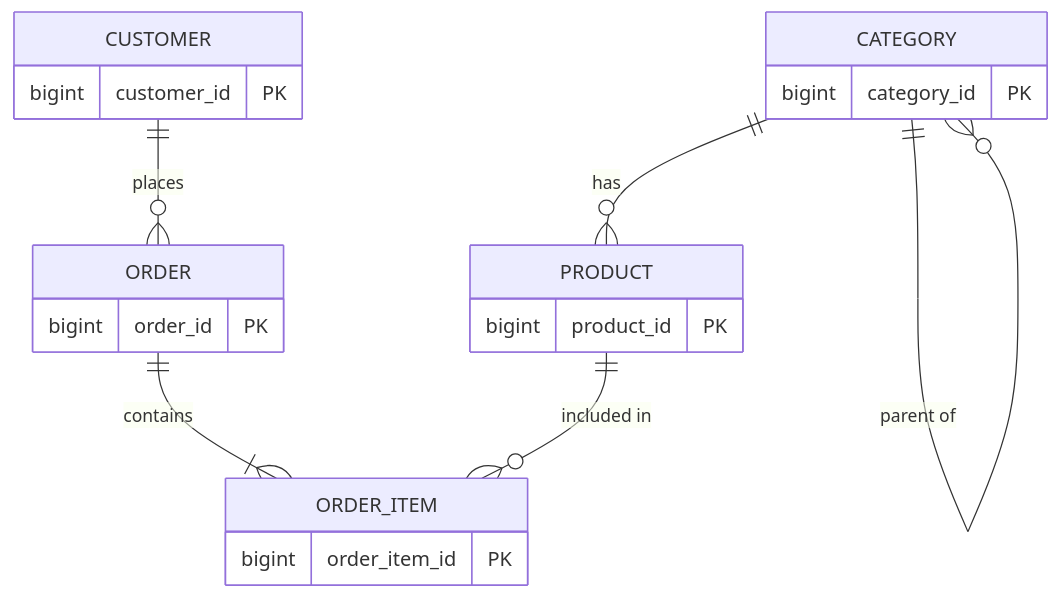
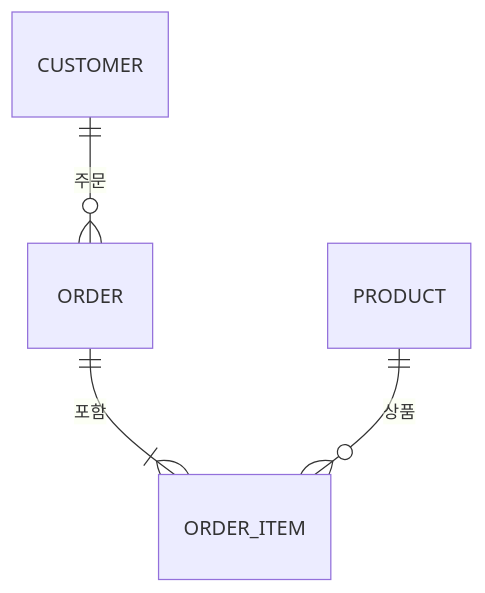
Before and after one commit to yjkim2015/yjkim2015.github.io: the second of 3 diagrams in _posts/db/2026-05-01-db-modeling.md, drawn with Mermaid. The commit also changed other lines of this file and 163 other files, not shown here.

First line of the commit message:
Mermaid 300개 블록 내용 축소: 5노드 5엣지 이하, 의미 있는 약어

````diff
--- a/_posts/db/2026-05-01-db-modeling.md
+++ b/_posts/db/2026-05-01-db-modeling.md
@@ -62,13 +62,6 @@
 ```mermaid
 erDiagram
-    CUSTOMER { bigint customer_id PK }
-    ORDER { bigint order_id PK }
-    ORDER_ITEM { bigint order_item_id PK }
-    PRODUCT { bigint product_id PK }
-    CATEGORY { bigint category_id PK }
-    CUSTOMER ||--o{ ORDER : "places"
-    ORDER ||--|{ ORDER_ITEM : "contains"
-    PRODUCT ||--o{ ORDER_ITEM : "included in"
-    CATEGORY ||--o{ PRODUCT : "has"
-    CATEGORY ||--o{ CATEGORY : "parent of"
+    CUSTOMER ||--o{ ORDER : "주문"
+    ORDER ||--|{ ORDER_ITEM : "포함"
+    PRODUCT ||--o{ ORDER_ITEM : "상품"
 ```
````
